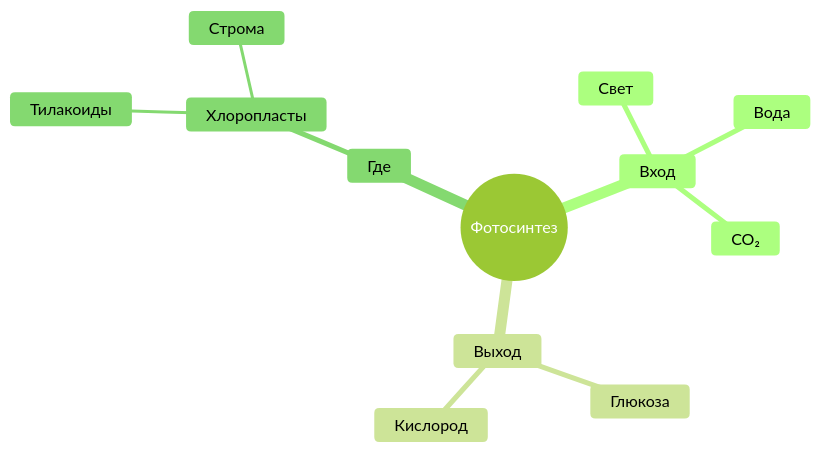
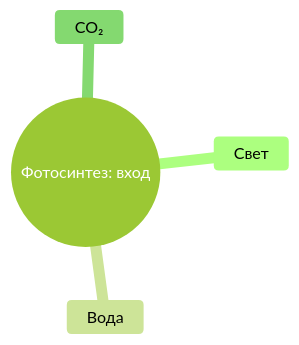
One commit to kscht/spiridus-docs changed the ninth of 13 diagrams in examples/documents/13-mermaid.md. Above: the diagram before and after it, drawn with Mermaid (forest theme). The commit also changed other lines of this file and 56 other files, not shown here.

````diff
--- a/examples/documents/13-mermaid.md
+++ b/examples/documents/13-mermaid.md
@@ -124,15 +145,7 @@
 ```mermaid
 mindmap
-  root((Фотосинтез))
-    Вход
-      Свет
-      Вода
-      CO₂
-    Выход
-      Глюкоза
-      Кислород
-    Где
-      Хлоропласты
-        Тилакоиды
-        Строма
+  root((Фотосинтез: вход))
+    Свет
+    Вода
+    CO₂
 ```
````
